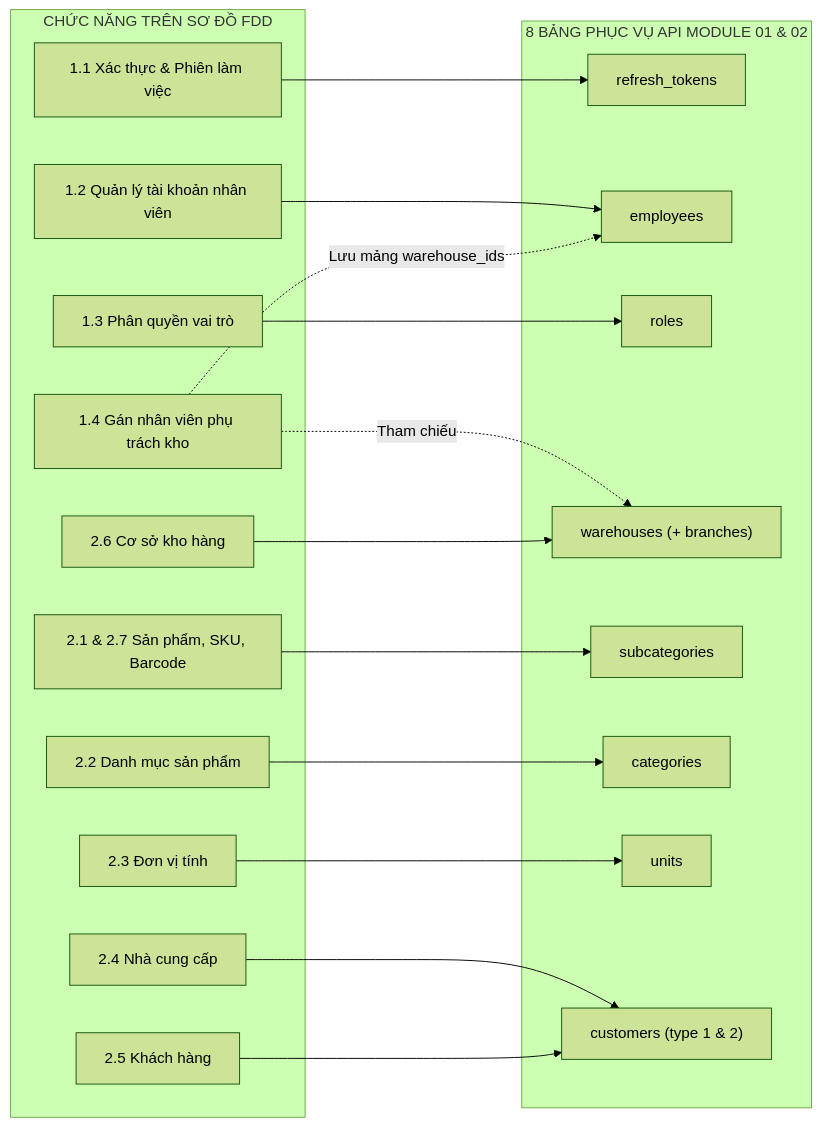
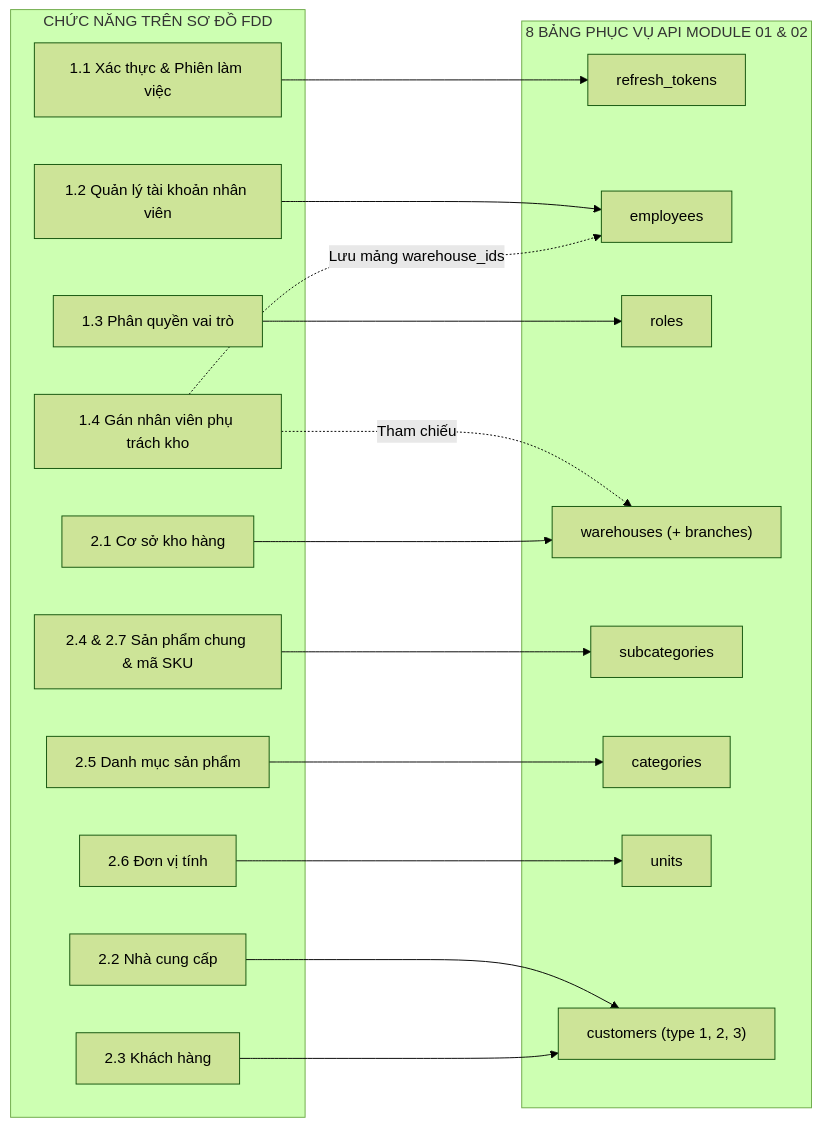
Before and after one commit to hungnm3112/Project-A: the first of 3 diagrams in md/LessonTwo/tu-duy-phan-tich-va-xay-dung-database.md, drawn with Mermaid (forest theme). The commit also changed other lines of this file and 13 other files, not shown here.

````diff
--- a/md/LessonTwo/tu-duy-phan-tich-va-xay-dung-database.md
+++ b/md/LessonTwo/tu-duy-phan-tich-va-xay-dung-database.md
@@ -20,38 +20,38 @@
 ```mermaid
 flowchart LR
     subgraph FDD["CHỨC NĂNG TRÊN SƠ ĐỒ FDD"]
         F11["1.1 Xác thực & Phiên làm việc"]
         F12["1.2 Quản lý tài khoản nhân viên"]
         F13["1.3 Phân quyền vai trò"]
         F14["1.4 Gán nhân viên phụ trách kho"]
-        F21["2.1 & 2.7 Sản phẩm, SKU, Barcode"]
-        F22["2.2 Danh mục sản phẩm"]
-        F23["2.3 Đơn vị tính"]
-        F24["2.4 Nhà cung cấp"]
-        F25["2.5 Khách hàng"]
-        F26["2.6 Cơ sở kho hàng"]
+        F24["2.4 & 2.7 Sản phẩm chung & mã SKU"]
+        F25["2.5 Danh mục sản phẩm"]
+        F26["2.6 Đơn vị tính"]
+        F22["2.2 Nhà cung cấp"]
+        F23["2.3 Khách hàng"]
+        F21["2.1 Cơ sở kho hàng"]
     end
 
     subgraph DB["8 BẢNG PHỤC VỤ API MODULE 01 & 02"]
         T1["refresh_tokens"]
         T2["employees"]
         T3["roles"]
         T4["warehouses (+ branches)"]
         T5["subcategories"]
         T6["categories"]
         T7["units"]
-        T8["customers (type 1 & 2)"]
+        T8["customers (type 1, 2, 3)"]
     end
 
     F11 --> T1
     F12 --> T2
     F13 --> T3
     F14 -.->|Lưu mảng warehouse_ids| T2
     F14 -.->|Tham chiếu| T4
-    F26 --> T4
-    F21 --> T5
-    F22 --> T6
-    F23 --> T7
-    F24 --> T8
-    F25 --> T8
+    F21 --> T4
+    F24 --> T5
+    F25 --> T6
+    F26 --> T7
+    F22 --> T8
+    F23 --> T8
 ```
````
